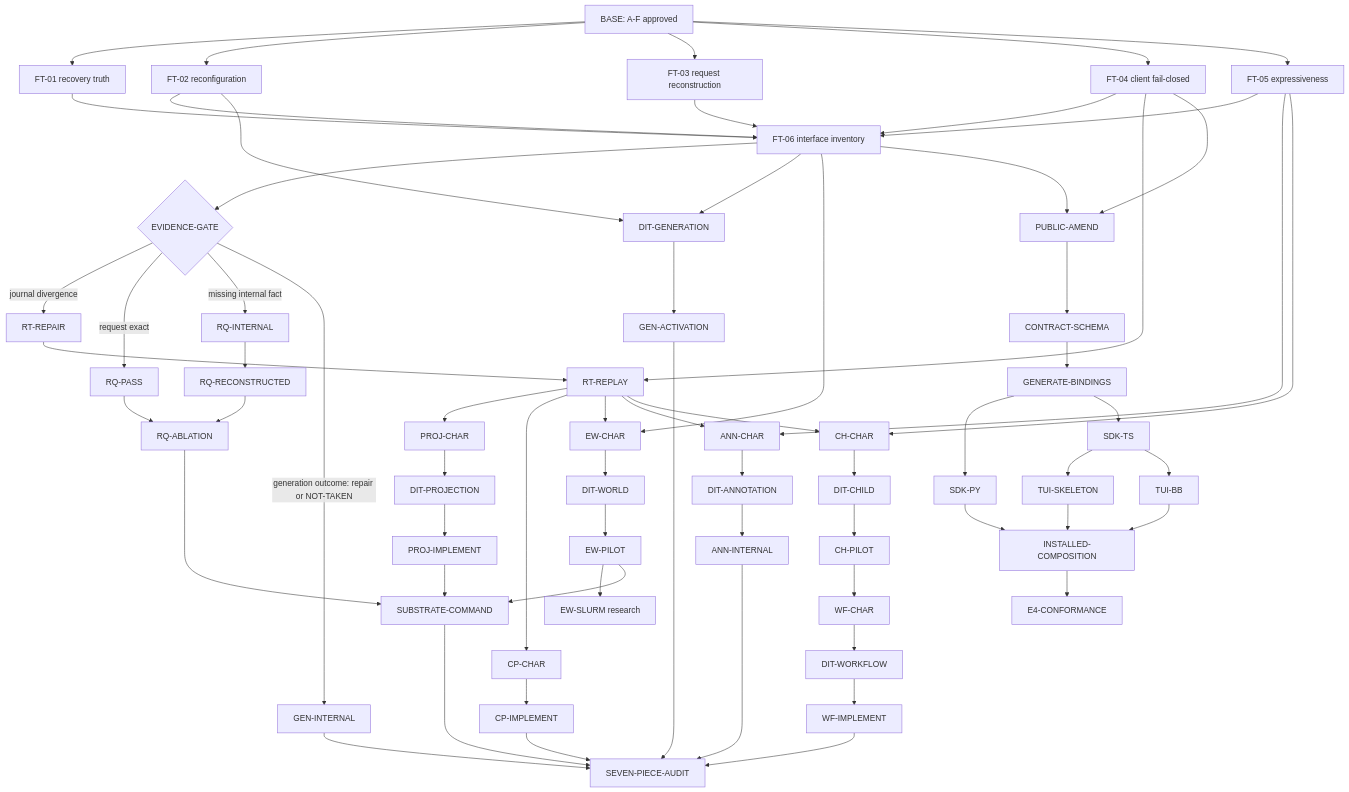
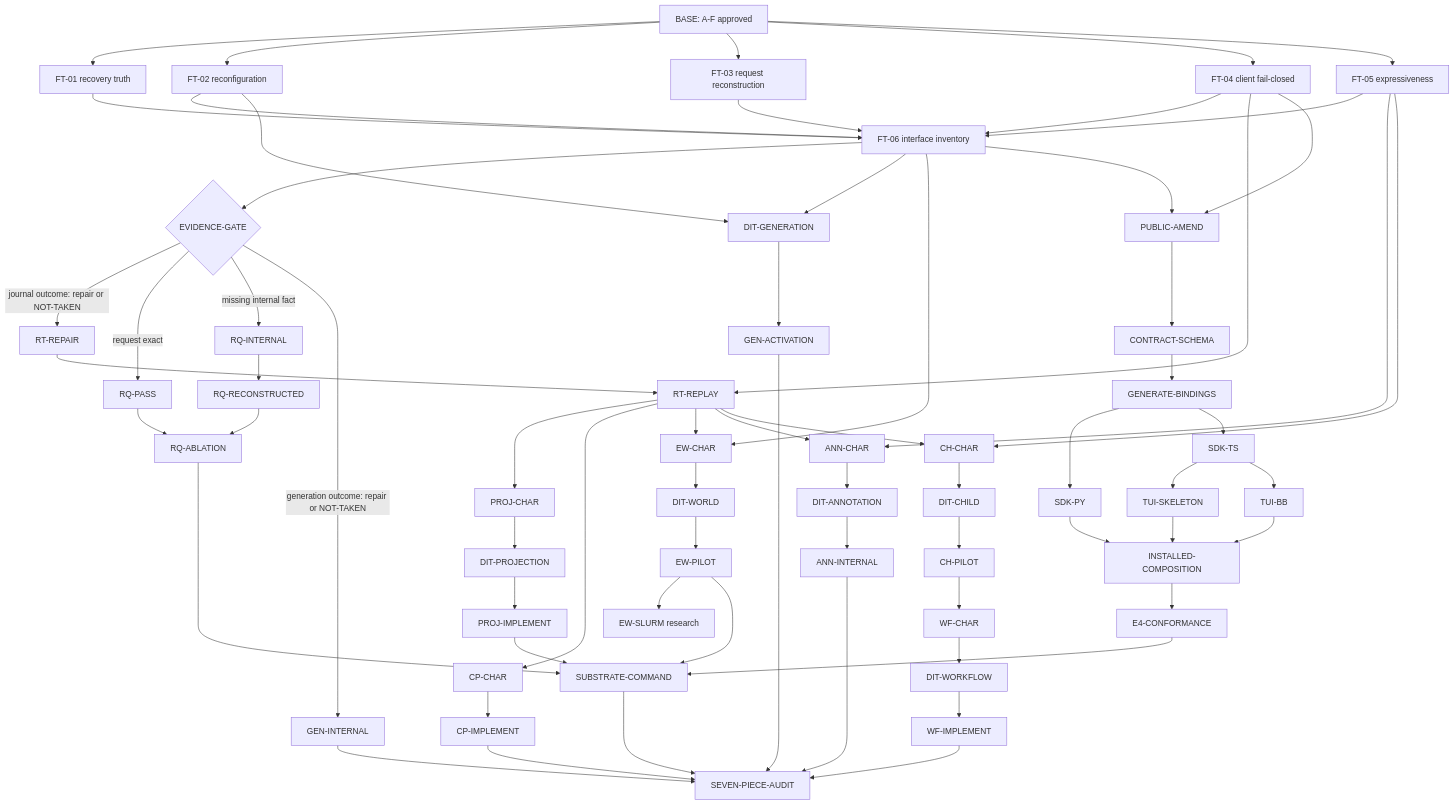
Before and after one commit to kmccleary3301/breadboard: the diagram in docs/plans/dsh_donor_campaign/evidence/06_PROMOTED_WORKSTREAM_DAG.md, drawn with Mermaid. The commit also changed other lines of this file and 4 other files, not shown here.

````diff
--- a/docs/plans/dsh_donor_campaign/evidence/06_PROMOTED_WORKSTREAM_DAG.md
+++ b/docs/plans/dsh_donor_campaign/evidence/06_PROMOTED_WORKSTREAM_DAG.md
@@ -100,76 +100,77 @@
 ```mermaid
 graph TD
   B[BASE: A-F approved] --> F1[FT-01 recovery truth]
   B --> F2[FT-02 reconfiguration]
   B --> F3[FT-03 request reconstruction]
   B --> F4[FT-04 client fail-closed]
   B --> F5[FT-05 expressiveness]
   F1 --> F6[FT-06 interface inventory]
   F2 --> F6
   F3 --> F6
   F4 --> F6
   F5 --> F6
   F6 --> G{EVIDENCE-GATE}
 
-  G -->|journal divergence| RR[RT-REPAIR]
+  G -->|journal outcome: repair or NOT-TAKEN| RR[RT-REPAIR]
   RR --> RP[RT-REPLAY]
   F4 --> RP
   RP --> PC[PROJ-CHAR]
   PC --> DP[DIT-PROJECTION]
   DP --> PI[PROJ-IMPLEMENT]
 
   G -->|request exact| RQP[RQ-PASS]
   G -->|missing internal fact| RQI[RQ-INTERNAL]
   RQI --> RQR[RQ-RECONSTRUCTED]
   RQP --> RQA[RQ-ABLATION]
   RQR --> RQA
 
   G -->|generation outcome: repair or NOT-TAKEN| GI[GEN-INTERNAL]
   F2 --> DG[DIT-GENERATION]
   F6 --> DG
   DG --> GA[GEN-ACTIVATION]
 
   RP --> CC[CP-CHAR]
   CC --> CI[CP-IMPLEMENT]
   RP --> EC[EW-CHAR]
   F6 --> EC
   EC --> DE[DIT-WORLD]
   DE --> EP[EW-PILOT]
   EP --> ES[EW-SLURM research]
 
   F5 --> AC[ANN-CHAR]
   RP --> AC
   AC --> DA[DIT-ANNOTATION]
   DA --> AI[ANN-INTERNAL]
 
   F5 --> HC[CH-CHAR]
   RP --> HC
   HC --> DH[DIT-CHILD]
   DH --> HP[CH-PILOT]
   HP --> WC[WF-CHAR]
   WC --> DW[DIT-WORKFLOW]
   DW --> WI[WF-IMPLEMENT]
 
   F4 --> PA[PUBLIC-AMEND]
   F6 --> PA
   PA --> CS[CONTRACT-SCHEMA]
   CS --> GB[GENERATE-BINDINGS]
   GB --> PY[SDK-PY]
   GB --> TS[SDK-TS]
   TS --> TU1[TUI-SKELETON]
   TS --> TU2[TUI-BB]
   PY --> IC[INSTALLED-COMPOSITION]
   TU1 --> IC
   TU2 --> IC
   IC --> E4[E4-CONFORMANCE]
 
   RQA --> SC[SUBSTRATE-COMMAND]
   PI --> SC
   EP --> SC
+  E4 --> SC
   SC --> SA[SEVEN-PIECE-AUDIT]
   AI --> SA
   WI --> SA
   CI --> SA
   GI --> SA
   GA --> SA
 ```
````
